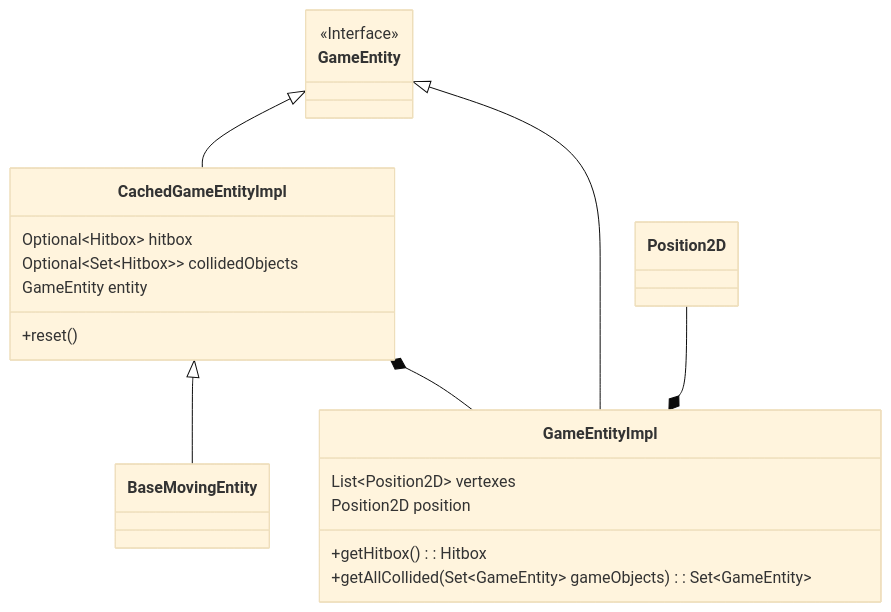
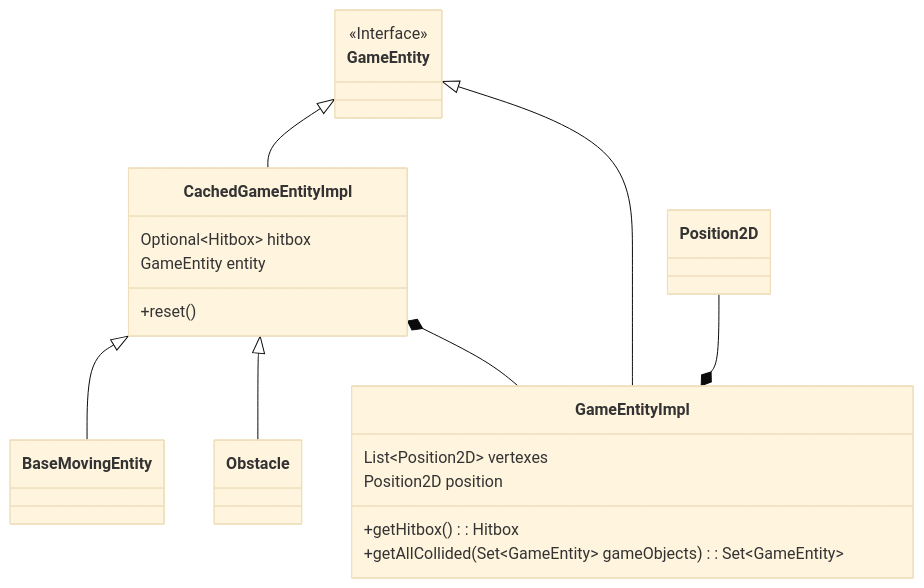
Diagram 18 of 21 in report.md (frabitta/OOP23-gfight), drawn with Mermaid (base theme) before and after one commit. The commit also changed other lines of this file, not shown here.

````diff
--- a/report.md
+++ b/report.md
@@ -727,26 +682,27 @@
 ```mermaid
 classDiagram
   GameEntity <|-- CachedGameEntityImpl
   CachedGameEntityImpl <|-- BaseMovingEntity
+  CachedGameEntityImpl <|-- Obstacle
   CachedGameEntityImpl *-- GameEntityImpl
   GameEntity <|-- GameEntityImpl
   Position2D --* GameEntityImpl
 
   <<Interface>> GameEntity
 
   class GameEntityImpl{
     List~Position2D~ vertexes
     Position2D position
     +getHitbox() : Hitbox
     +getAllCollided(Set~GameEntity~ gameObjects) : Set~GameEntity~
   }
 
   class CachedGameEntityImpl{
     Optional~Hitbox~ hitbox
-    Optional~Set~Hitbox~~ collidedObjects
     GameEntity entity
 
     +reset()
   }
+
   
 ```
````
